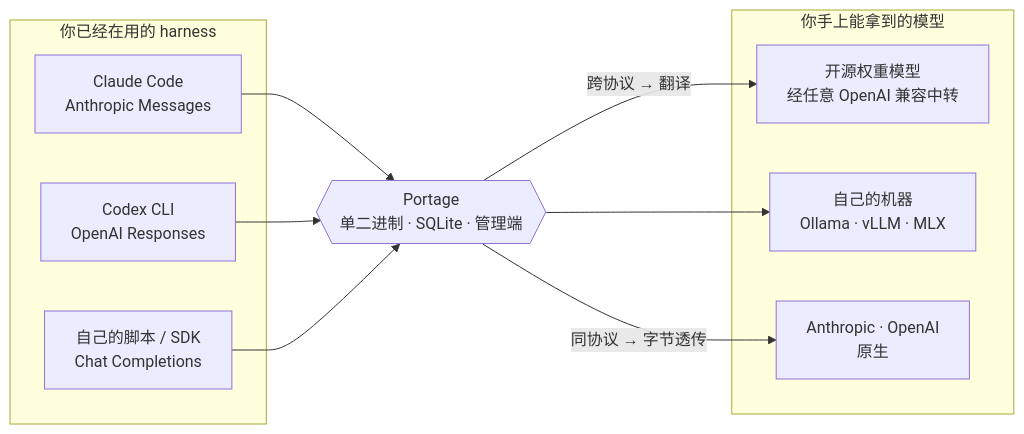
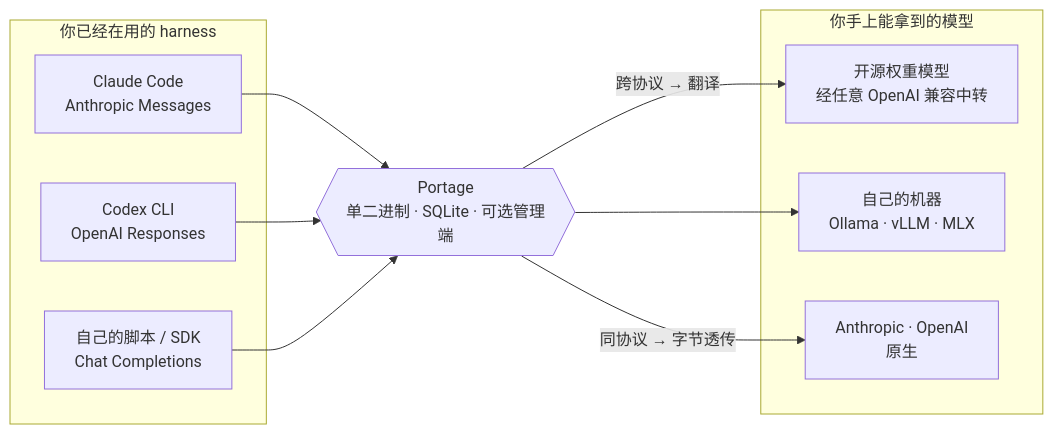
One commit to SimonGino/portage changed the diagram in README.zh-CN.md. Above: the diagram before and after it, drawn with Mermaid. The commit also changed 1 other file, not shown here.

Commit message:
docs: 概览图节点标签改「可选管理端」——纯转发形态下管理面不注册（#39 转出项）
Claude-Session: https://claude.ai/code/session_01TRMCSAE1AS8YgWBKN52T5x

````diff
--- a/README.zh-CN.md
+++ b/README.zh-CN.md
@@ -20,23 +20,23 @@
 ```mermaid
 flowchart LR
     subgraph clients["你已经在用的 harness"]
         CC["Claude Code<br/>Anthropic Messages"]
         CX["Codex CLI<br/>OpenAI Responses"]
         APP["自己的脚本 / SDK<br/>Chat Completions"]
     end
 
-    PG{{"Portage<br/>单二进制 · SQLite · 管理端"}}
+    PG{{"Portage<br/>单二进制 · SQLite · 可选管理端"}}
 
     subgraph up["你手上能拿到的模型"]
         T["开源权重模型<br/>经任意 OpenAI 兼容中转"]
         L["自己的机器<br/>Ollama · vLLM · MLX"]
         A["Anthropic · OpenAI<br/>原生"]
     end
 
     CC --> PG
     CX --> PG
     APP --> PG
     PG -- "跨协议 → 翻译" --> T
     PG --> L
     PG -- "同协议 → 字节透传" --> A
 ```
````
